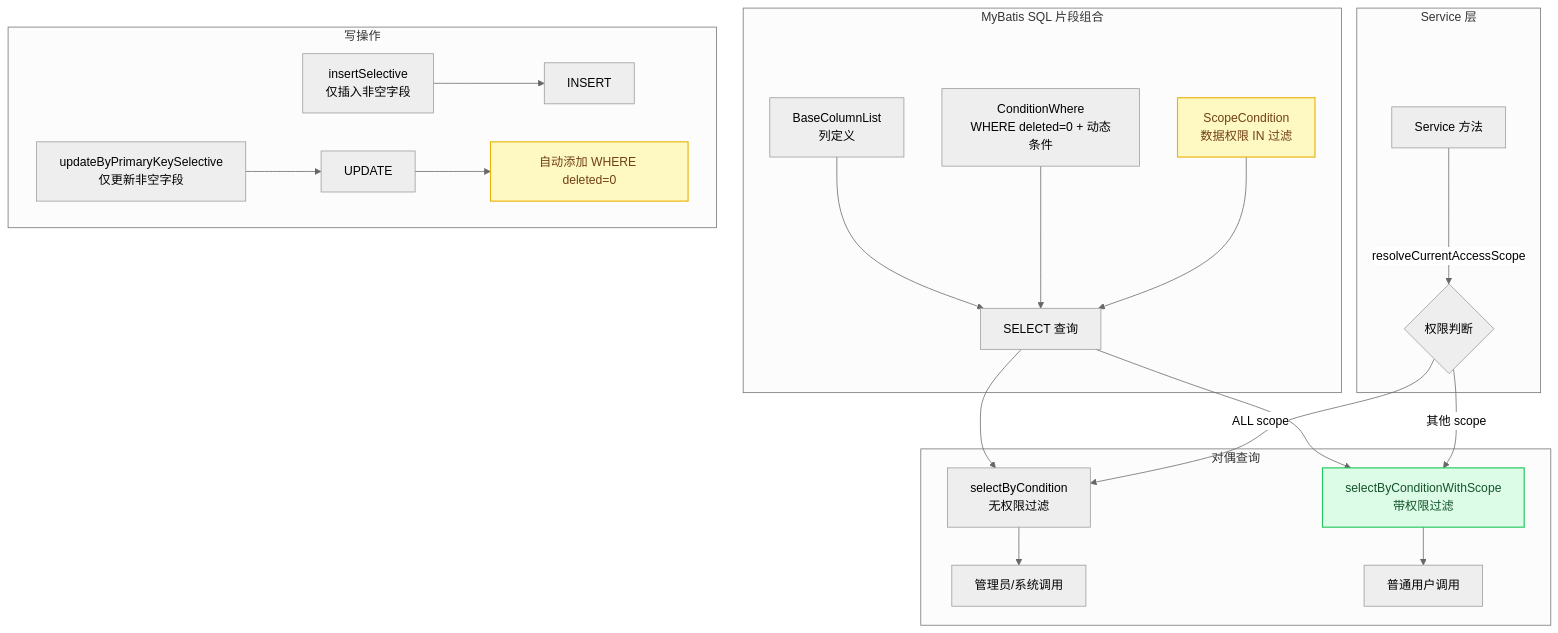
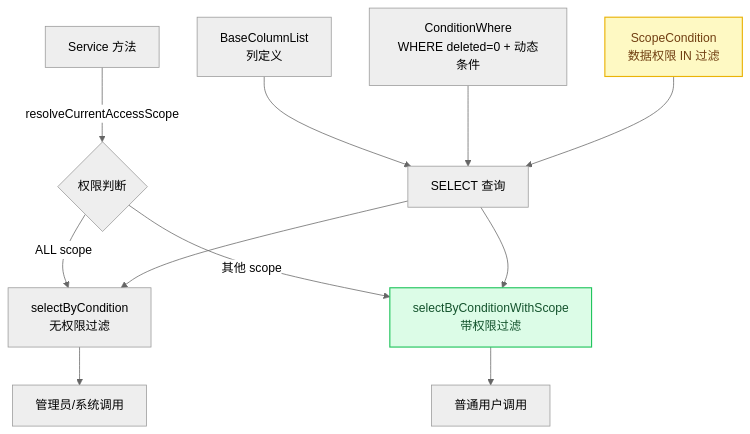
The first of 2 diagrams in architecture/mybatis-patterns.md (StevenTsai/distribution-architecture), drawn with Mermaid (neutral theme) before and after one commit. The commit also changed other lines of this file and 37 other files, not shown here.

First line of the commit message:
docs: replace ASCII diagrams with Mermaid and improve layout

````diff
--- a/architecture/mybatis-patterns.md
+++ b/architecture/mybatis-patterns.md
@@ -9,33 +11,19 @@
 ```mermaid
 flowchart TB
-    subgraph SQL片段["MyBatis SQL 片段组合"]
-        A["BaseColumnList<br/>列定义"] --> D[SELECT 查询]
-        B["ConditionWhere<br/>WHERE deleted=0 + 动态条件"] --> D
-        C["ScopeCondition<br/>数据权限 IN 过滤"] --> D
-    end
+    A["BaseColumnList<br/>列定义"] --> D[SELECT 查询]
+    B["ConditionWhere<br/>WHERE deleted=0 + 动态条件"] --> D
+    C["ScopeCondition<br/>数据权限 IN 过滤"] --> D
 
-    subgraph 对偶查询
-        D --> E["selectByCondition<br/>无权限过滤"]
-        D --> F["selectByConditionWithScope<br/>带权限过滤"]
-        E --> G[管理员/系统调用]
-        F --> H[普通用户调用]
-    end
-
-    subgraph Service 层
-        I[Service 方法] -->|resolveCurrentAccessScope| J{权限判断}
-        J -->|ALL scope| E
-        J -->|其他 scope| F
-    end
-
-    subgraph 写操作
-        K["insertSelective<br/>仅插入非空字段"] --> L[INSERT]
-        M["updateByPrimaryKeySelective<br/>仅更新非空字段"] --> N[UPDATE]
-        N --> O["自动添加 WHERE deleted=0"]
-    end
+    I[Service 方法] -->|resolveCurrentAccessScope| J{权限判断}
+    J -->|ALL scope| E["selectByCondition<br/>无权限过滤"]
+    J -->|其他 scope| F["selectByConditionWithScope<br/>带权限过滤"]
+    D --> E
+    D --> F
+    E --> G[管理员/系统调用]
+    F --> H[普通用户调用]
 
     class C warning
     class F success
-    class O warning
     classDef success fill:#dcfce7,stroke:#22c55e,color:#14532d,stroke-width:1.5px
     classDef warning fill:#fef9c3,stroke:#eab308,color:#713f12,stroke-width:1.5px
 ```
````
